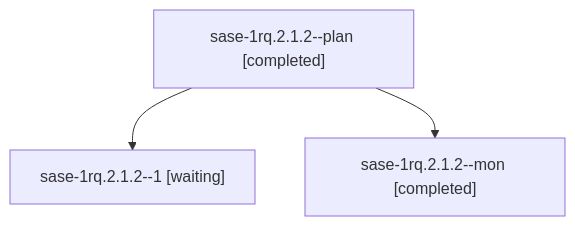
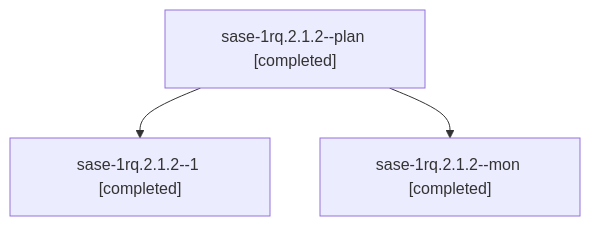
One commit to sase-org/sase--agents changed the diagram in sessions/bbugyi200.athena.sase-1rq.2.1.2.md. Above: the diagram before and after it, drawn with Mermaid. The commit also changed other lines of this file and 149 other files, not shown here.

````diff
--- a/sessions/bbugyi200.athena.sase-1rq.2.1.2.md
+++ b/sessions/bbugyi200.athena.sase-1rq.2.1.2.md
@@ -9,8 +9,8 @@
 ```mermaid
 flowchart TD
   n0["sase-1rq.2.1.2--plan [completed]"]
-  n1["sase-1rq.2.1.2--1 [waiting]"]
+  n1["sase-1rq.2.1.2--1 [completed]"]
   n0 --> n1
   n2["sase-1rq.2.1.2--mon [completed]"]
   n0 --> n2
 ```
````
